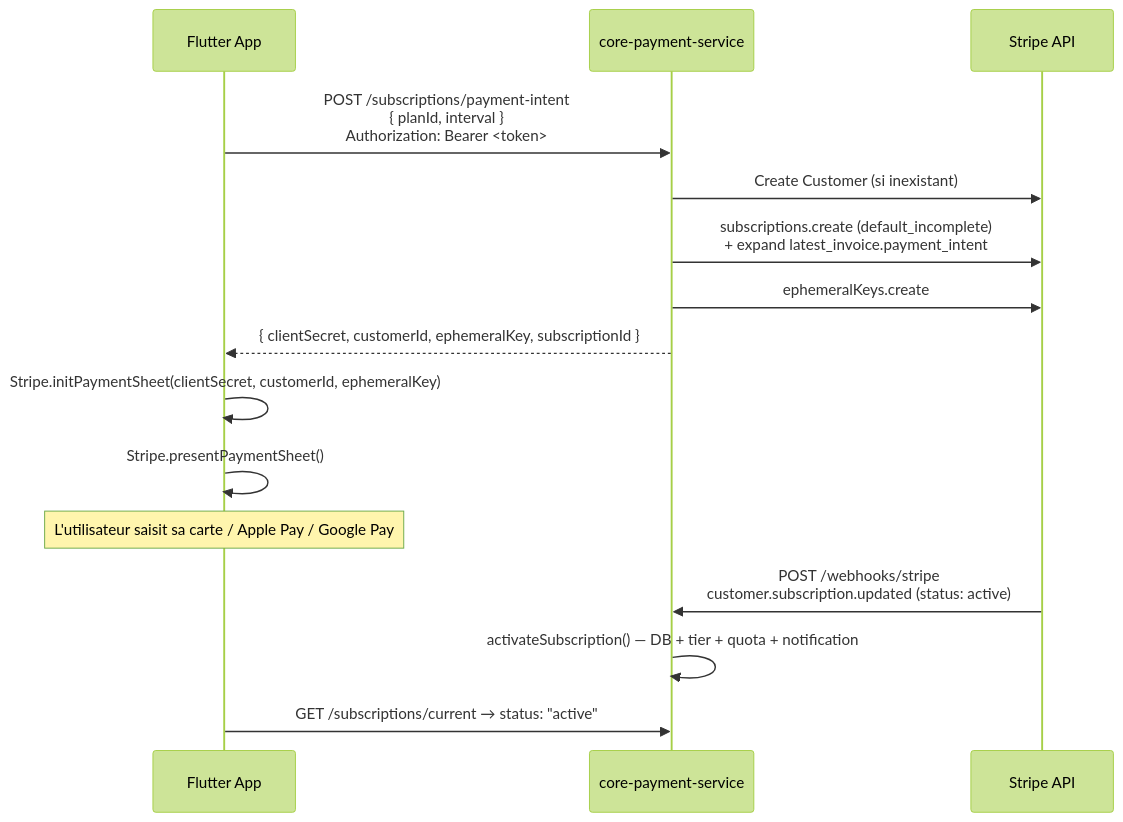
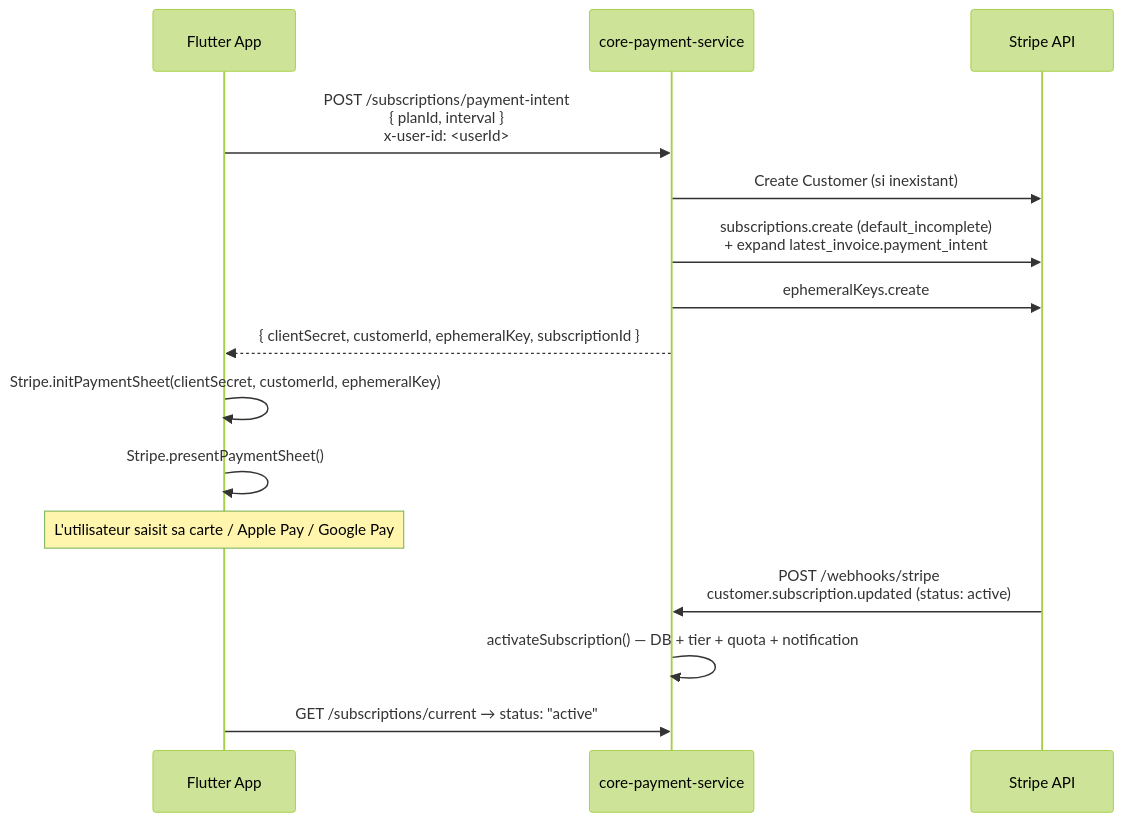
The third of 3 diagrams in README.md (VisioBook-ESP/core-payment-service), drawn with Mermaid (forest theme) before and after one commit. The commit also changed other lines of this file and 24 other files, not shown here.

````diff
--- a/README.md
+++ b/README.md
@@ -399,21 +397,21 @@
 ```mermaid
 sequenceDiagram
     participant F as Flutter App
     participant PS as core-payment-service
     participant STRIPE as Stripe API
 
-    F->>PS: POST /subscriptions/payment-intent<br/>{ planId, interval }<br/>Authorization: Bearer <token>
+    F->>PS: POST /subscriptions/payment-intent<br/>{ planId, interval }<br/>x-user-id: <userId>
     PS->>STRIPE: Create Customer (si inexistant)
     PS->>STRIPE: subscriptions.create (default_incomplete)<br/>+ expand latest_invoice.payment_intent
     PS->>STRIPE: ephemeralKeys.create
     PS-->>F: { clientSecret, customerId, ephemeralKey, subscriptionId }
 
     F->>F: Stripe.initPaymentSheet(clientSecret, customerId, ephemeralKey)
     F->>F: Stripe.presentPaymentSheet()
     Note over F: L'utilisateur saisit sa carte / Apple Pay / Google Pay
 
     STRIPE->>PS: POST /webhooks/stripe<br/>customer.subscription.updated (status: active)
     PS->>PS: activateSubscription() — DB + tier + quota + notification
 
     F->>PS: GET /subscriptions/current → status: "active"
 ```
````
